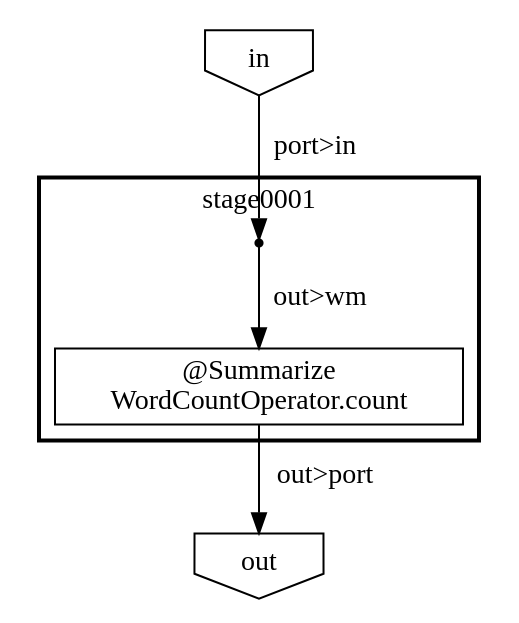
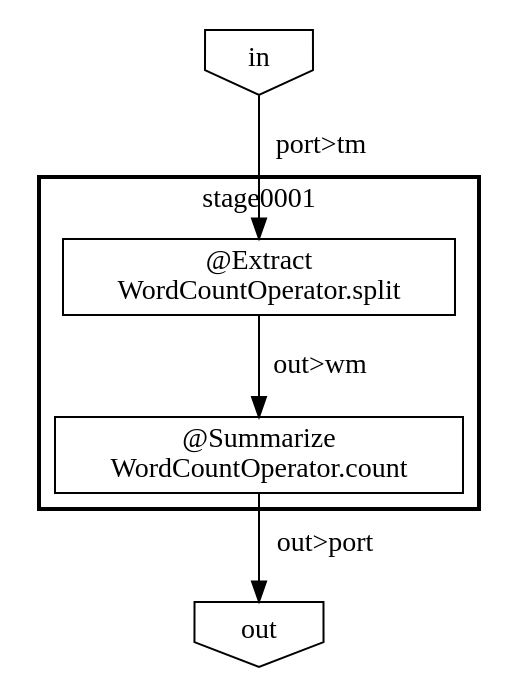
Before and after one commit to hishidama/Hadoop-example1-WordCount: the diagram in afw-wordcount/target/testdriver/batchcwork/bin/META-INF/visualize/stageblock-1.dot, drawn with Graphviz. The commit also changed 83 other files, not shown here.

```diff
--- a/afw-wordcount/target/testdriver/batchcwork/bin/META-INF/visualize/stageblock-1.dot
+++ b/afw-wordcount/target/testdriver/batchcwork/bin/META-INF/visualize/stageblock-1.dot
@@ -1,13 +1,13 @@
 digraph {
-    "4787c484-ecec-4e61-bd2e-8857cc24fbf3" [shape=invhouse, label="out"];
-    "bf00bab1-2623-4143-af01-c6e6dc6e5b5c" [shape=invhouse, label="in"];
-    subgraph "cluster_f01749a2-5a92-4706-a2bf-03b0e45920c7" {
+    "296e62db-8414-4ad8-aed6-9b28986871a4" [shape=invhouse, label="out"];
+    subgraph "cluster_491634f7-996c-4713-9f10-c650c4dbaedd" {
         label = "stage0001";
         style = bold;
-        "878b0e59-a0fc-4178-a091-510fd960e6d4" [shape=box, label="@Summarize\nWordCountOperator.count"];
-        "1dd8a442-7a76-4866-b2e8-446a6127c537" [shape=point];
+        "33a6fff8-d654-4eb5-aad2-14cb3b469381" [shape=box, label="@Extract\nWordCountOperator.split"];
+        "76c732a5-d6ab-4ef9-ab35-6073cefe3673" [shape=box, label="@Summarize\nWordCountOperator.count"];
     }
-    "1dd8a442-7a76-4866-b2e8-446a6127c537" -> "878b0e59-a0fc-4178-a091-510fd960e6d4" [label="out>wm"];
-    "878b0e59-a0fc-4178-a091-510fd960e6d4" -> "4787c484-ecec-4e61-bd2e-8857cc24fbf3" [label="out>port"];
-    "bf00bab1-2623-4143-af01-c6e6dc6e5b5c" -> "1dd8a442-7a76-4866-b2e8-446a6127c537" [label="port>in"];
+    "94a0e11c-7c5f-429d-82f2-e53f7844ee09" [shape=invhouse, label="in"];
+    "94a0e11c-7c5f-429d-82f2-e53f7844ee09" -> "33a6fff8-d654-4eb5-aad2-14cb3b469381" [label="port>tm"];
+    "33a6fff8-d654-4eb5-aad2-14cb3b469381" -> "76c732a5-d6ab-4ef9-ab35-6073cefe3673" [label="out>wm"];
+    "76c732a5-d6ab-4ef9-ab35-6073cefe3673" -> "296e62db-8414-4ad8-aed6-9b28986871a4" [label="out>port"];
 }
```
